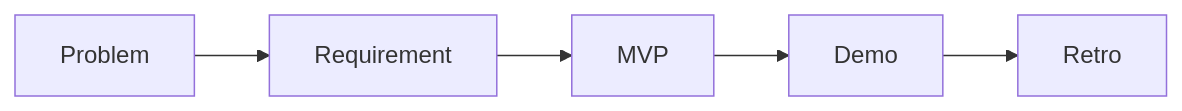
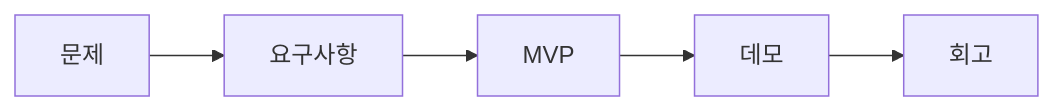
The diagram in content/capstone-project-101/ko/01-what-is-capstone.md (yeongseon-books/book-content), drawn with Mermaid before and after one commit. The commit also changed other lines of this file and 3 other files, not shown here.

````diff
--- a/content/capstone-project-101/ko/01-what-is-capstone.md
+++ b/content/capstone-project-101/ko/01-what-is-capstone.md
@@ -33,7 +49,7 @@
 ```mermaid
 flowchart LR
-    P[Problem] --> R[Requirement]
+    P[문제] --> R[요구사항]
     R --> M[MVP]
-    M --> D[Demo]
-    D --> X[Retro]
+    M --> D[데모]
+    D --> X[회고]
 ```
````
